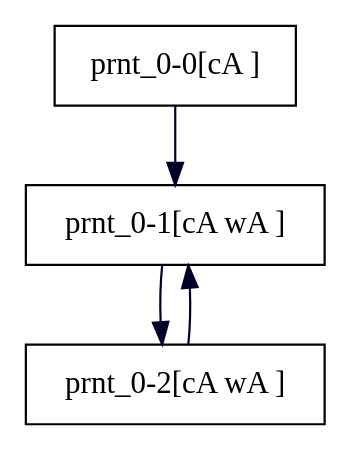
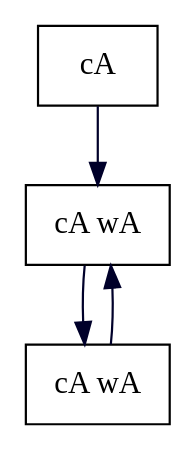
The diagram in benchmarks/SecLTL/auction.dot (hobitans/TGHyper), drawn with Graphviz before and after one commit. The commit also changed 15 other files, not shown here.

Commit message:
new graph eval

```diff
--- a/benchmarks/SecLTL/auction.dot
+++ b/benchmarks/SecLTL/auction.dot
@@ -1,11 +1,11 @@
 digraph G {
-  "prnt_0-0[cA ]" [shape=box, ];
-  "prnt_0-1[cA wA ]" [shape=box, ];
-  "prnt_0-2[cA wA ]" [shape=box, ];
+  "prnt_0-0[cA ]" [shape=box, label="cA ", ];
+  "prnt_0-1[cA wA ]" [shape=box, label="cA wA ", ];
+  "prnt_0-2[cA wA ]" [shape=box, label="cA wA ", ];
   
   
   "prnt_0-0[cA ]" -> "prnt_0-1[cA wA ]" [color="#00002A", ];
   "prnt_0-1[cA wA ]" -> "prnt_0-2[cA wA ]" [color="#00002A", ];
   "prnt_0-2[cA wA ]" -> "prnt_0-1[cA wA ]" [color="#00002A", ];
   
   }
```
